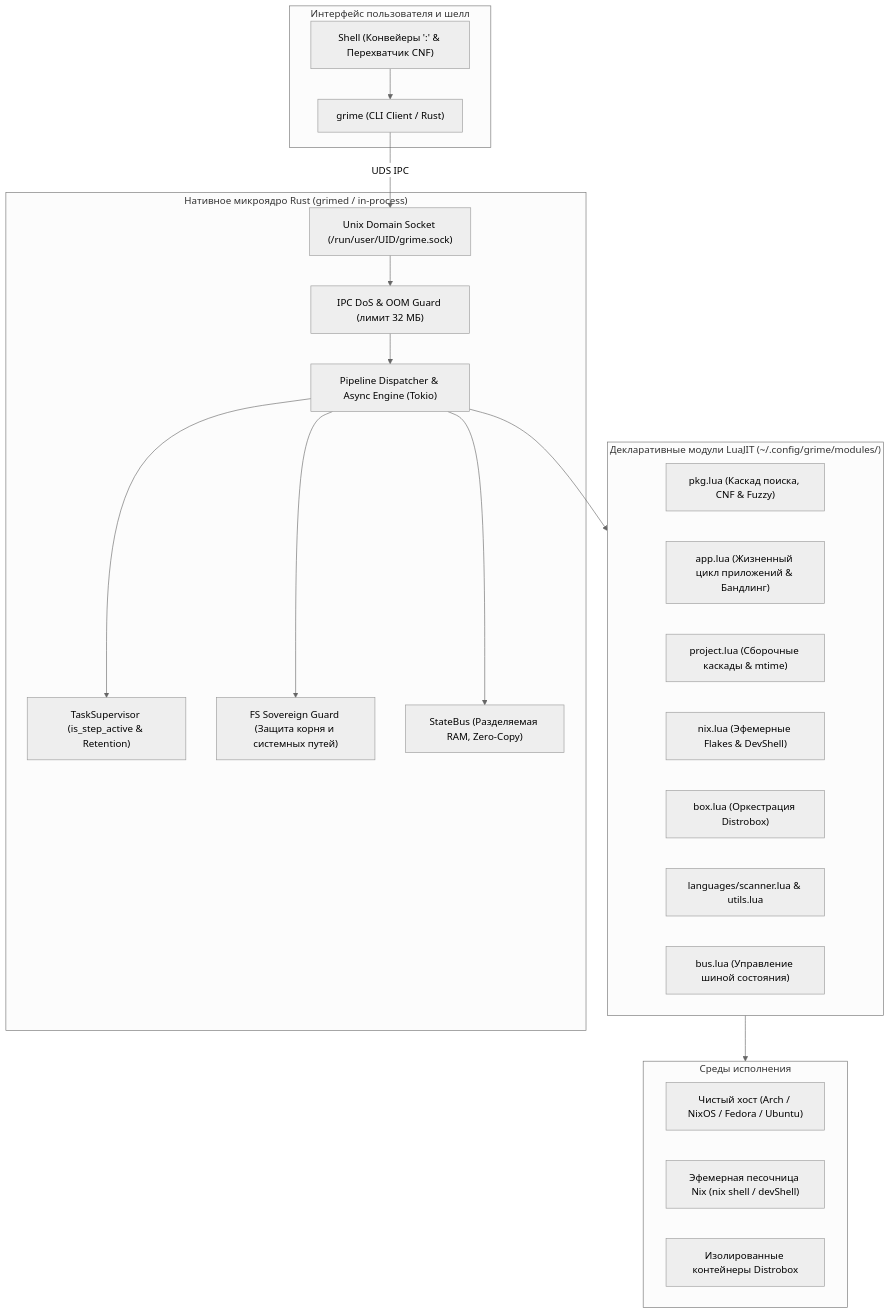
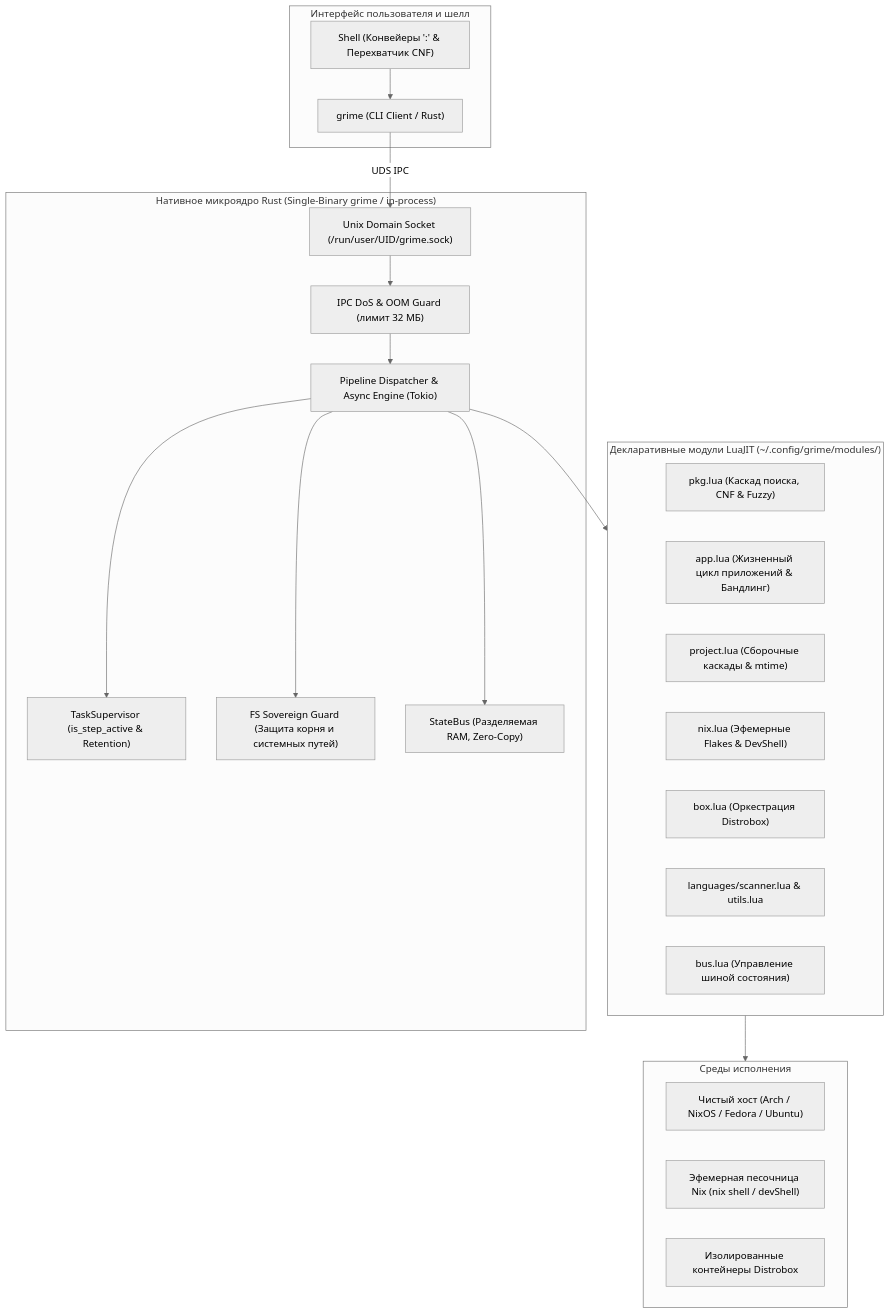
The diagram in README.md (GrimeVoid/grime-rust), drawn with Mermaid (neutral theme) before and after one commit. The commit also changed other lines of this file and 12 other files, not shown here.

````diff
--- a/README.md
+++ b/README.md
@@ -221,42 +221,42 @@
 ```mermaid
 flowchart TD
     subgraph ClientLayer ["Интерфейс пользователя и шелл"]
         CLI["grime (CLI Client / Rust)"]
         Fish["Shell (Конвейеры ':' & Перехватчик CNF)"]
     end
 
-    subgraph CoreLayer ["Нативное микроядро Rust (grimed / in-process)"]
+    subgraph CoreLayer ["Нативное микроядро Rust (Single-Binary grime / in-process)"]
         UDS["Unix Domain Socket (/run/user/UID/grime.sock)"]
         IPCGuard["IPC DoS & OOM Guard (лимит 32 МБ)"]
         Router["Pipeline Dispatcher & Async Engine (Tokio)"]
         Supervisor["TaskSupervisor (is_step_active & Retention)"]
         FSGuard["FS Sovereign Guard (Защита корня и системных путей)"]
         StateBus["StateBus (Разделяемая RAM, Zero-Copy)"]
     end
 
     subgraph LuaLayer ["Декларативные модули LuaJIT (~/.config/grime/modules/)"]
         M_Pkg["pkg.lua (Каскад поиска, CNF & Fuzzy)"]
         M_App["app.lua (Жизненный цикл приложений & Бандлинг)"]
         M_Proj["project.lua (Сборочные каскады & mtime)"]
         M_Nix["nix.lua (Эфемерные Flakes & DevShell)"]
         M_Box["box.lua (Оркестрация Distrobox)"]
         M_Scan["languages/scanner.lua & utils.lua"]
         M_Bus["bus.lua (Управление шиной состояния)"]
     end
 
     subgraph Targets ["Среды исполнения"]
         HostOS["Чистый хост (Arch / NixOS / Fedora / Ubuntu)"]
         NixEnv["Эфемерная песочница Nix (nix shell / devShell)"]
         DBox["Изолированные контейнеры Distrobox"]
     end
 
     Fish --> CLI
     CLI -->|UDS IPC| UDS
     UDS --> IPCGuard
     IPCGuard --> Router
     Router --> Supervisor
     Router --> FSGuard
     Router --> StateBus
     Router --> LuaLayer
     LuaLayer --> Targets
 ```
````
